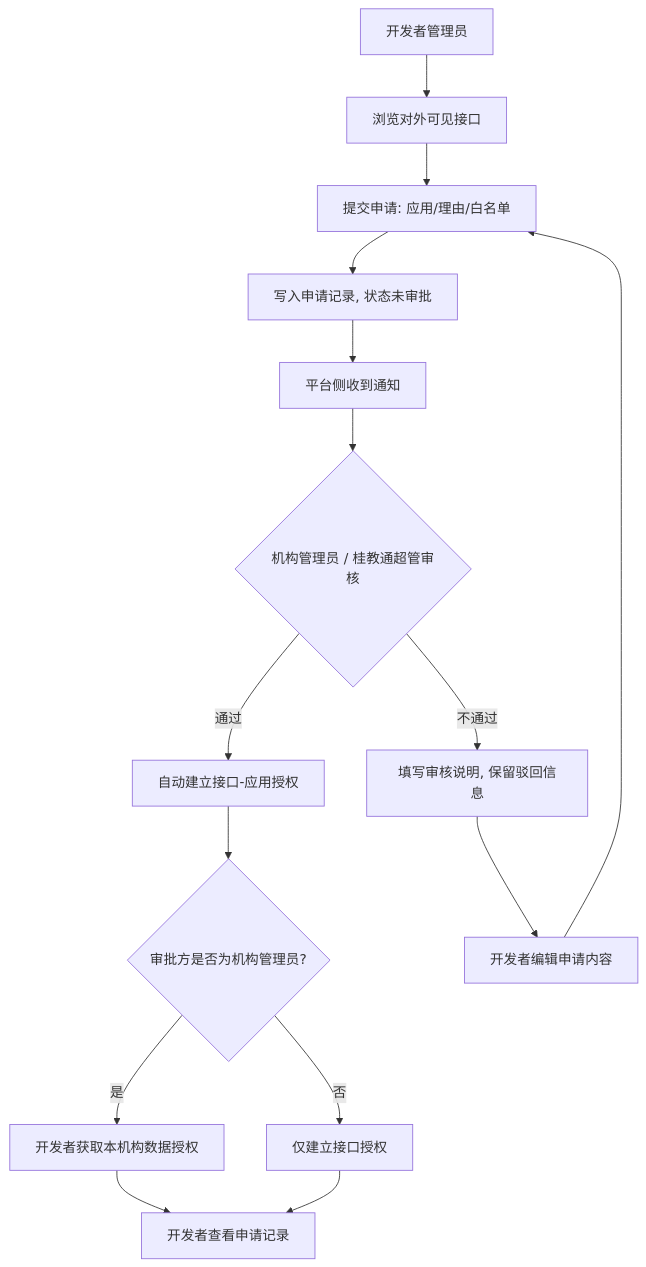
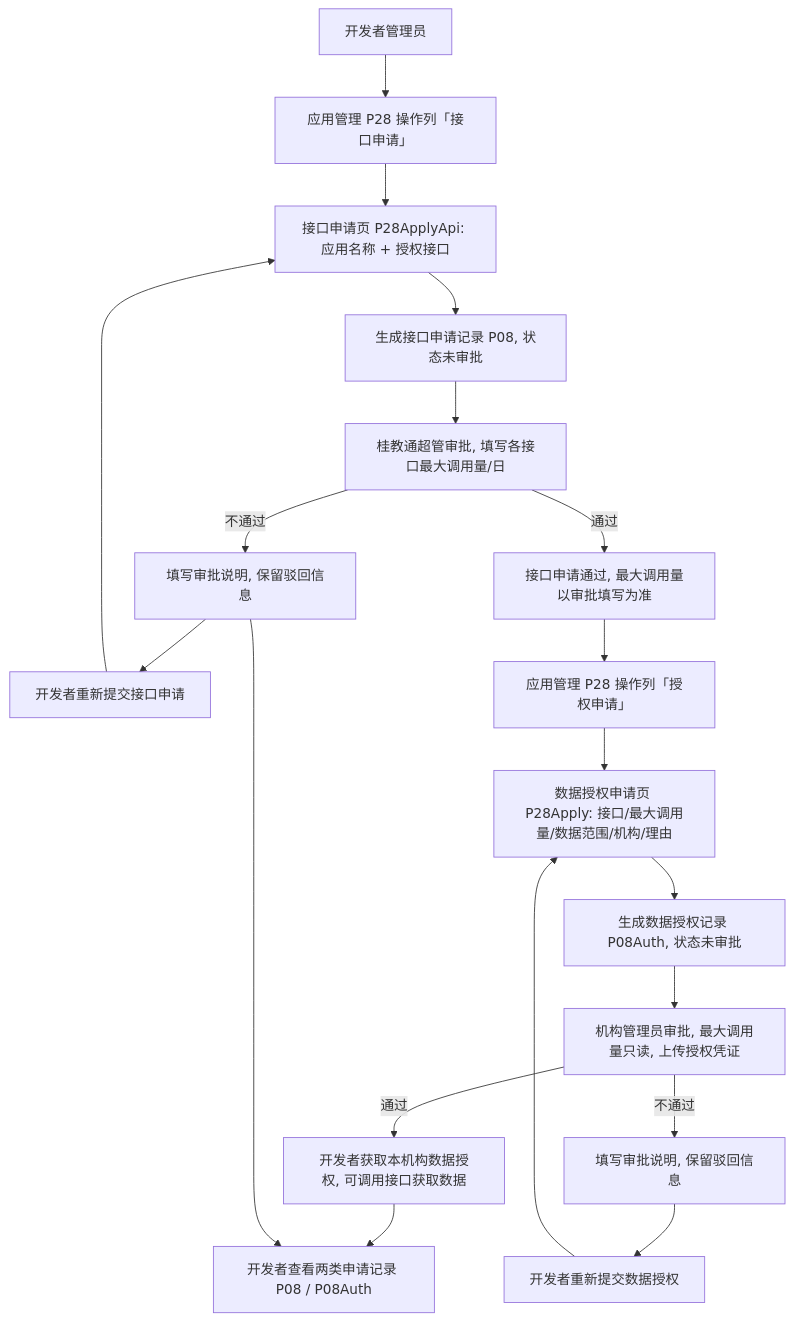
One commit to sunmei119/capPlatform changed the third of 8 diagrams in output/prd/prd.md. Above: the diagram before and after it, drawn with Mermaid. The commit also changed other lines of this file and 2 other files, not shown here.

````diff
--- a/output/prd/prd.md
+++ b/output/prd/prd.md
@@ -121,17 +135,21 @@
 ```mermaid
 flowchart TD
-    A[开发者管理员] --> B[浏览对外可见接口]
-    B --> C[提交申请: 应用/理由/白名单]
-    C --> D[写入申请记录, 状态未审批]
-    D --> E[平台侧收到通知]
-    E --> F{机构管理员 / 桂教通超管审核}
-    F -- 不通过 --> G[填写审核说明, 保留驳回信息]
-    F -- 通过 --> H[自动建立接口-应用授权]
-    H --> I{审批方是否为机构管理员?}
-    I -- 是 --> J[开发者获取本机构数据授权]
-    I -- 否 --> K[仅建立接口授权]
-    G --> M[开发者编辑申请内容]
+    A[开发者管理员] --> B[应用管理 P28 操作列「接口申请」]
+    B --> C[接口申请页 P28ApplyApi: 应用名称 + 授权接口]
+    C --> D[生成接口申请记录 P08, 状态未审批]
+    D --> E[桂教通超管审批, 填写各接口最大调用量/日]
+    E -- 不通过 --> F[填写审批说明, 保留驳回信息]
+    E -- 通过 --> G[接口申请通过, 最大调用量以审批填写为准]
+    F --> M[开发者重新提交接口申请]
     M --> C
-    J --> L[开发者查看申请记录]
-    K --> L
+    G --> H[应用管理 P28 操作列「授权申请」]
+    H --> I[数据授权申请页 P28Apply: 接口/最大调用量/数据范围/机构/理由]
+    I --> J[生成数据授权记录 P08Auth, 状态未审批]
+    J --> K[机构管理员审批, 最大调用量只读, 上传授权凭证]
+    K -- 不通过 --> L[填写审批说明, 保留驳回信息]
+    K -- 通过 --> N[开发者获取本机构数据授权, 可调用接口获取数据]
+    L --> O[开发者重新提交数据授权]
+    O --> I
+    N --> P[开发者查看两类申请记录 P08 / P08Auth]
+    F --> P
 ```
````
